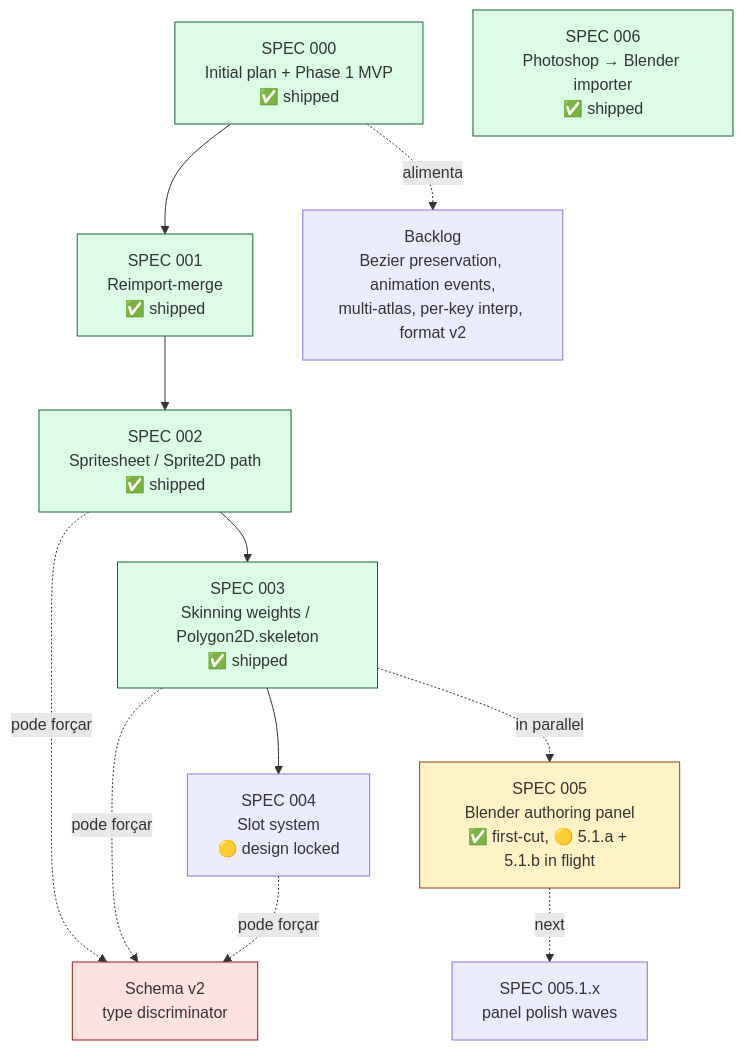
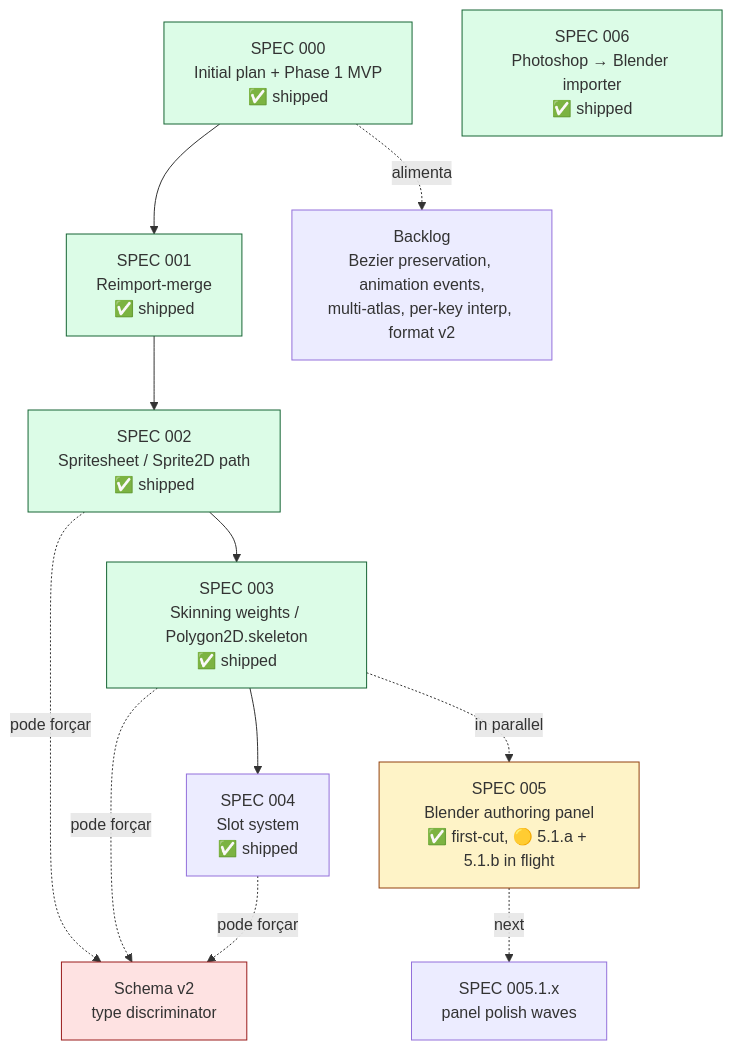
One commit to Space-Wizard-Studios/firebound-proscenio changed the fourth of 5 diagrams in STATUS.md. Above: the diagram before and after it, drawn with Mermaid. The commit also changed other lines of this file and 18 other files, not shown here.

First line of the commit message:
feat(spec-004): Wave 4.3 -- slot_cycle fixture + writer slot_attachment + drive-bys

````diff
--- a/STATUS.md
+++ b/STATUS.md
@@ -138,34 +138,34 @@
 ```mermaid
 flowchart TB
     S0[SPEC 000<br/>Initial plan + Phase 1 MVP<br/>✅ shipped]
     S1[SPEC 001<br/>Reimport-merge<br/>✅ shipped]
     S2[SPEC 002<br/>Spritesheet / Sprite2D path<br/>✅ shipped]
     S3[SPEC 003<br/>Skinning weights / Polygon2D.skeleton<br/>✅ shipped]
-    S4[SPEC 004<br/>Slot system<br/>🟡 design locked]
+    S4[SPEC 004<br/>Slot system<br/>✅ shipped]
     S5[SPEC 005<br/>Blender authoring panel<br/>✅ first-cut, 🟡 5.1.a + 5.1.b in flight]
     S6[SPEC 006<br/>Photoshop → Blender importer<br/>✅ shipped]
 
     BACKLOG[Backlog<br/>Bezier preservation, animation events,<br/>multi-atlas, per-key interp, format v2]
 
     S0 --> S1
     S1 --> S2
     S2 --> S3
     S3 --> S4
     S3 -.in parallel.-> S5
 
     S0 -.alimenta.-> BACKLOG
     S2 -.pode forçar.-> SCHEMA_V2[Schema v2<br/>type discriminator]
     S3 -.pode forçar.-> SCHEMA_V2
     S4 -.pode forçar.-> SCHEMA_V2
 
     style S0 fill:#dcfce7,stroke:#166534
     style S1 fill:#dcfce7,stroke:#166534
     style S2 fill:#dcfce7,stroke:#166534
     style S3 fill:#dcfce7,stroke:#166534
     style S5 fill:#fef3c7,stroke:#92400e
     style S6 fill:#dcfce7,stroke:#166534
     style SCHEMA_V2 fill:#fee2e2,stroke:#991b1b
 
     NEXTWAVE[SPEC 005.1.x<br/>panel polish waves]
     S5 -.next.-> NEXTWAVE
 ```
````
